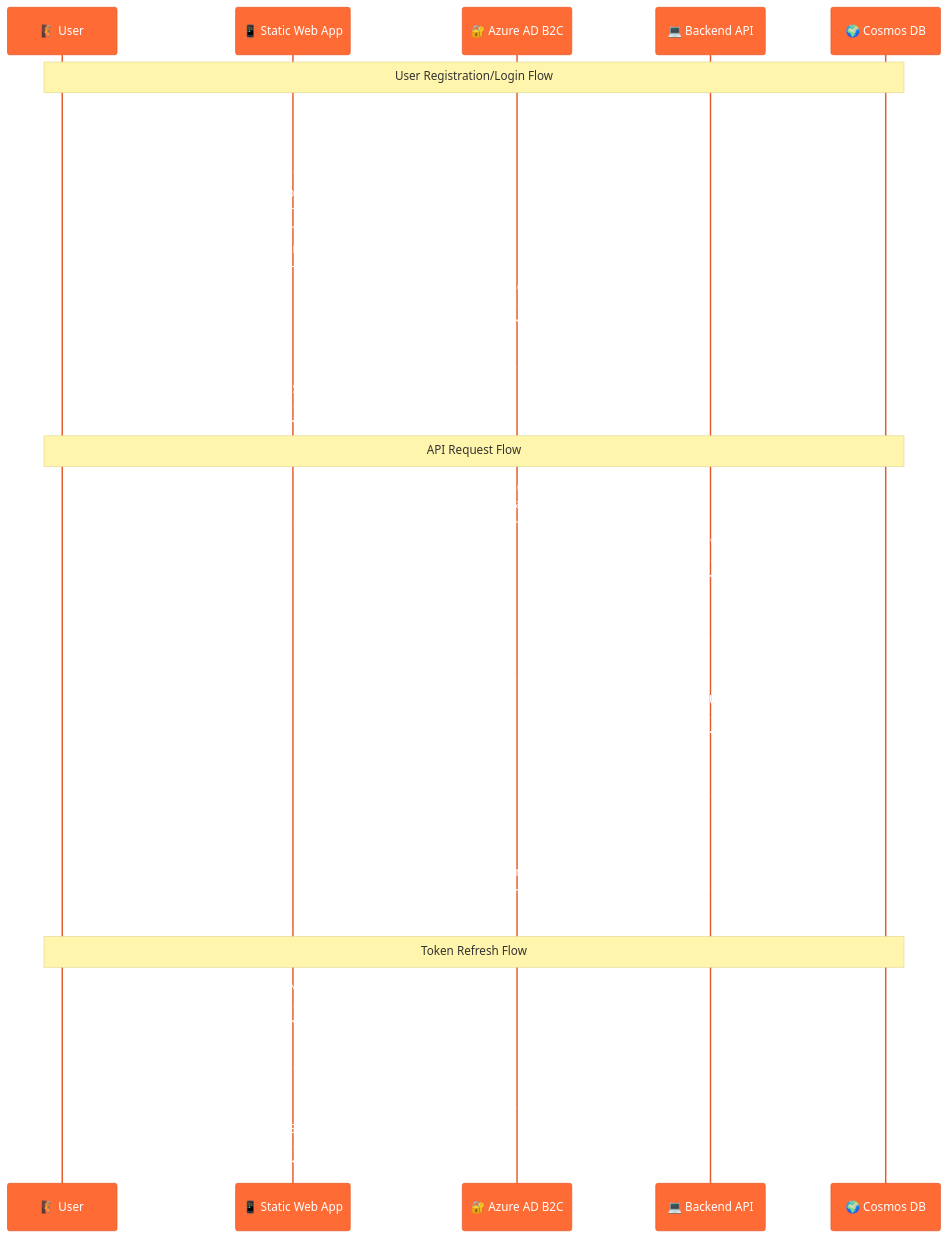
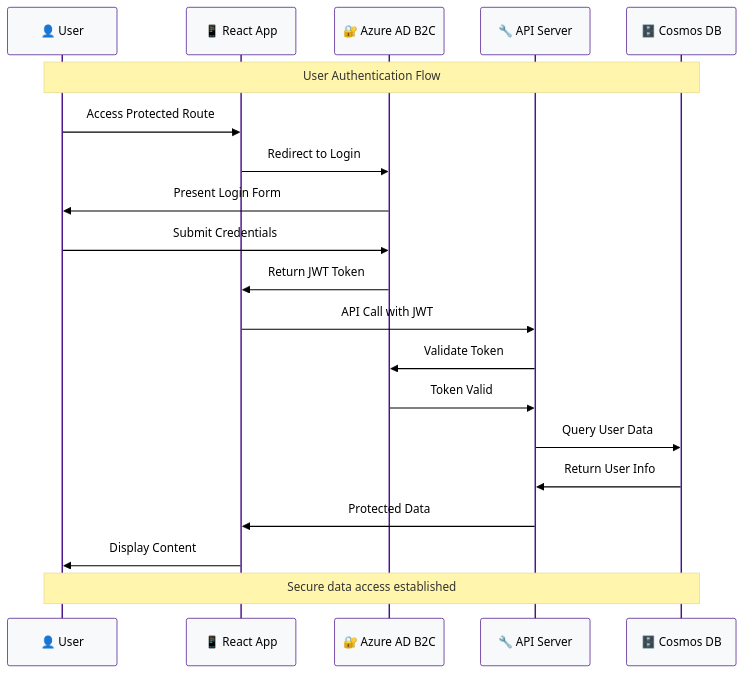
The fifth of 6 diagrams in ARCHITECTURE.md (danielmeppiel/agentic-hike-planner), drawn with Mermaid before and after one commit. The commit also changed other lines of this file, not shown here.

Commit message:
Simplify ARCHITECTURE.md with accessibility improvements and syntax fixes

````diff
--- a/ARCHITECTURE.md
+++ b/ARCHITECTURE.md
@@ -498,38 +337,40 @@
 ```mermaid
-%%{init: {'theme':'base', 'themeVariables': { 'primaryColor': '#ff6b35', 'primaryTextColor': '#fff', 'primaryBorderColor': '#e55a2b', 'lineColor': '#ff6b35', 'secondaryColor': '#4ecdc4', 'tertiaryColor': '#45b7d1'}}}%%
+%%{init: {
+    'theme': 'base',
+    'themeVariables': {
+        'primaryColor': '#9c27b0',
+        'primaryTextColor': '#000000',
+        'primaryBorderColor': '#4a148c',
+        'lineColor': '#7b1fa2',
+        'secondaryColor': '#00bcd4',
+        'tertiaryColor': '#4caf50',
+        'background': '#ffffff',
+        'mainBkg': '#f8f9fa',
+        'fontFamily': 'system-ui, -apple-system, sans-serif',
+        'fontSize': '14px'
+    }
+}}%%
 sequenceDiagram
-    participant User as 🧗 User
-    participant SWA as 📱 Static Web App
+    participant User as 👤 User
+    participant App as 📱 React App
     participant B2C as 🔐 Azure AD B2C
-    participant API as 💻 Backend API
-    participant DB as 🌍 Cosmos DB
+    participant API as 🔧 API Server
+    participant DB as 🗄️ Cosmos DB
     
-    Note over User,DB: User Registration/Login Flow
+    Note over User,DB: User Authentication Flow
     
-    User->>SWA: 1. Access Application
-    SWA->>B2C: 2. Redirect to B2C Login
-    B2C->>User: 3. Present Login Options<br/>(Social + Email)
-    User->>B2C: 4. Authenticate
-    B2C->>B2C: 5. Validate Credentials
-    B2C->>SWA: 6. Return JWT Token + User Info
-    SWA->>SWA: 7. Store Token (Secure Storage)
+    User->>App: Access Protected Route
+    App->>B2C: Redirect to Login
+    B2C->>User: Present Login Form
+    User->>B2C: Submit Credentials
+    B2C->>App: Return JWT Token
+    App->>API: API Call with JWT
+    API->>B2C: Validate Token
+    B2C->>API: Token Valid
+    API->>DB: Query User Data
+    DB->>API: Return User Info
+    API->>App: Protected Data
+    App->>User: Display Content
     
-    Note over User,DB: API Request Flow
-    
-    SWA->>API: 8. API Request<br/>Authorization: Bearer {token}
-    API->>API: 9. Extract & Validate JWT
-    API->>B2C: 10. Verify Token Signature<br/>(if needed)
-    B2C->>API: 11. Token Valid Response
-    API->>API: 12. Extract User Claims
-    API->>DB: 13. Query User Data<br/>partitionKey: user-{id}
-    DB->>API: 14. Return User Profile
-    API->>SWA: 15. Return API Response<br/>+ User Context
-    SWA->>User: 16. Display Personalized Content
-    
-    Note over User,DB: Token Refresh Flow
-    
-    SWA->>SWA: 17. Token Near Expiry
-    SWA->>B2C: 18. Silent Token Refresh
-    B2C->>SWA: 19. New JWT Token
-    SWA->>SWA: 20. Update Stored Token
+    Note over User,DB: Secure data access established
 ```
````
